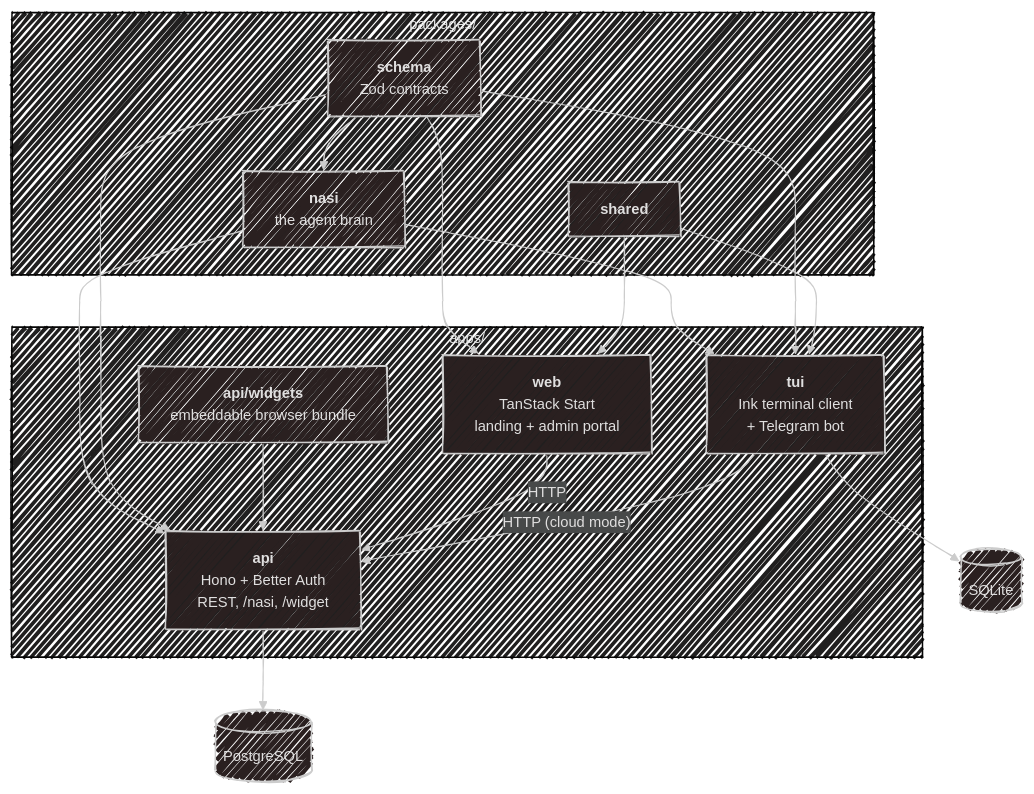
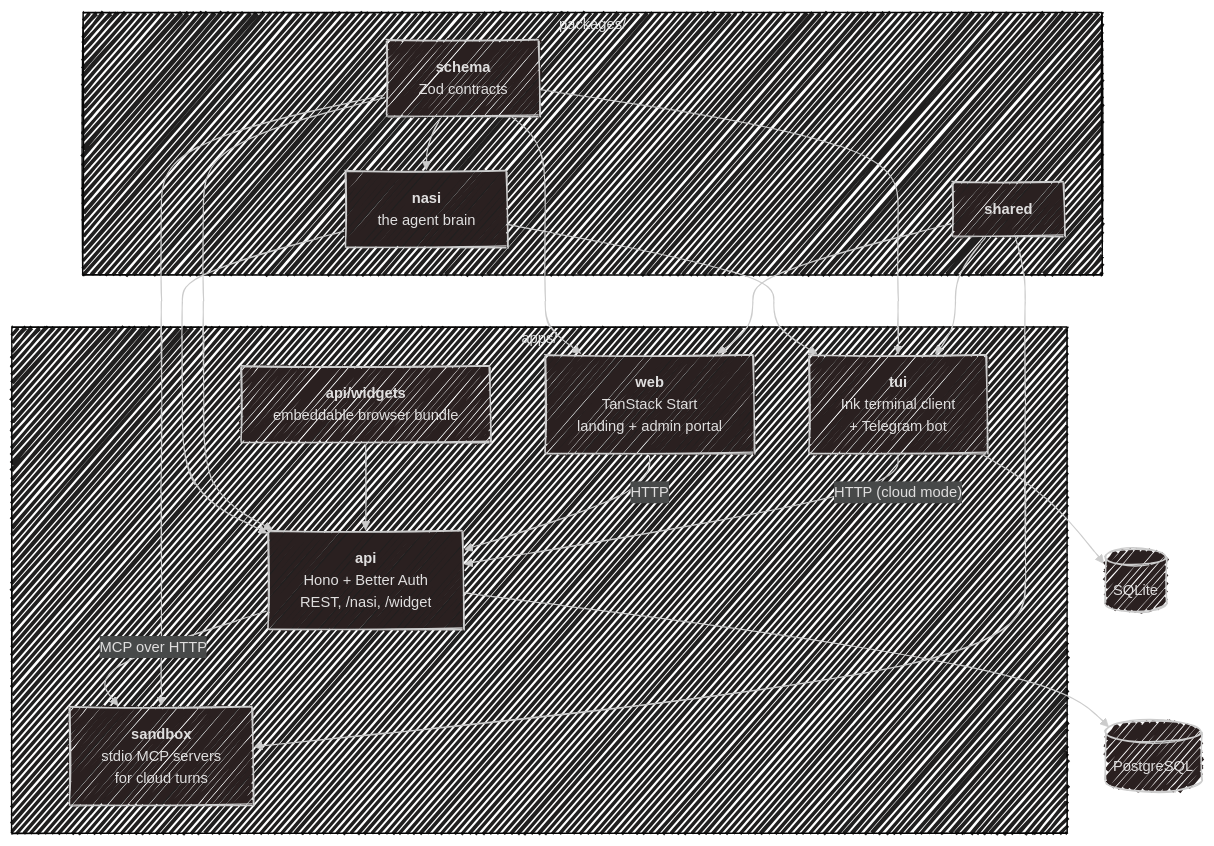
One commit to SubZtep/kaja changed the diagram in docs/development.md. Above: the diagram before and after it, drawn with Mermaid. The commit also changed other lines of this file and 142 other files, not shown here.

````diff
--- a/docs/development.md
+++ b/docs/development.md
@@ -15,35 +15,39 @@
 ```mermaid
 ---
 config:
   look: handDrawn
   theme: neo-dark
 ---
 flowchart TD
     subgraph Apps["apps/"]
         API["<b>api</b><br>Hono + Better Auth<br>REST, /nasi, /widget"]
         WEB["<b>web</b><br>TanStack Start<br>landing + admin portal"]
         TUI["<b>tui</b><br>Ink terminal client<br>+ Telegram bot"]
         WID["<b>api/widgets</b><br>embeddable browser bundle"]
+        SBX["<b>sandbox</b><br>stdio MCP servers<br>for cloud turns"]
     end
     subgraph Pkgs["packages/"]
         NASI["<b>nasi</b><br>the agent brain"]
         SCH["<b>schema</b><br>Zod contracts"]
         SHR["<b>shared</b>"]
     end
     DB[("PostgreSQL")]
     SQL[("SQLite")]
 
     NASI --> API
     NASI --> TUI
     SCH --> API
     SCH --> WEB
     SCH --> TUI
     SCH --> NASI
     SHR --> WEB
     SHR --> TUI
     WID --> API
     API --> DB
     TUI --> SQL
     WEB -->|HTTP| API
     TUI -->|"HTTP (cloud mode)"| API
+    API -->|"MCP over HTTP"| SBX
+    SCH --> SBX
+    SHR --> SBX
 ```
````
